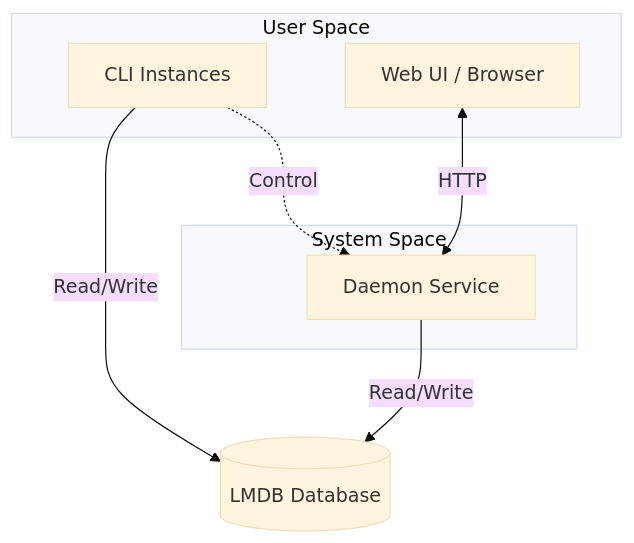
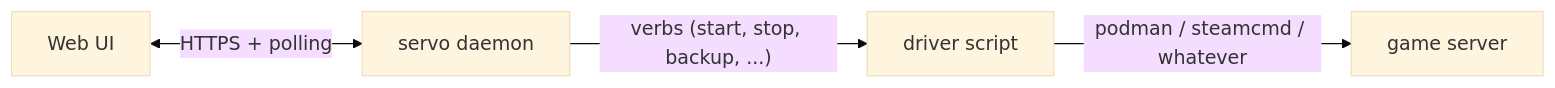
Before and after one commit to Data-Corruption/servo: the diagram in README.md, drawn with Mermaid (base theme). The commit also changed other lines of this file and 60 other files, not shown here.

````diff
--- a/README.md
+++ b/README.md
@@ -44,18 +16,6 @@
 ```mermaid
-graph TD
-    subgraph "User Space"
-        CLI[CLI Instances]
-        WebUI[Web UI / Browser]
-    end
-
-    subgraph "System Space"
-        Daemon[Daemon Service]
-    end
-
-    LMDB[(LMDB Database)]
-
-    CLI -->|Read/Write| LMDB
-    Daemon -->|Read/Write| LMDB
-    CLI -.->|Control| Daemon
-    WebUI <-->|HTTP| Daemon
+graph LR
+    Browser[Web UI] <-->|HTTPS + polling| Daemon[servo daemon]
+    Daemon -->|"verbs (start, stop, backup, ...)"| Driver[driver script]
+    Driver -->|podman / steamcmd / whatever| Game[game server]
 ```
````
